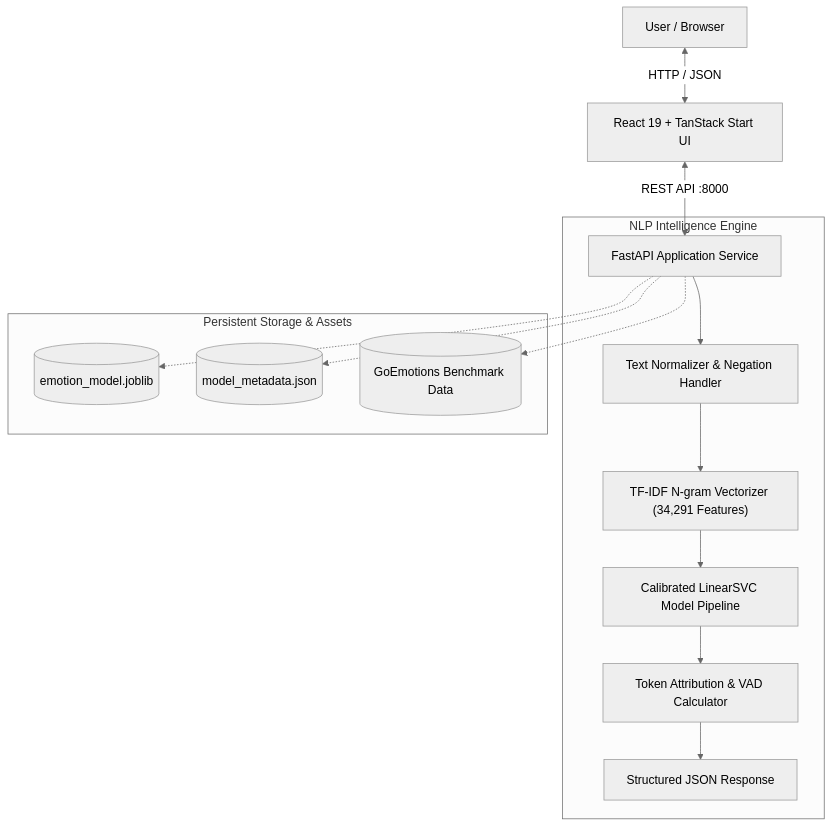
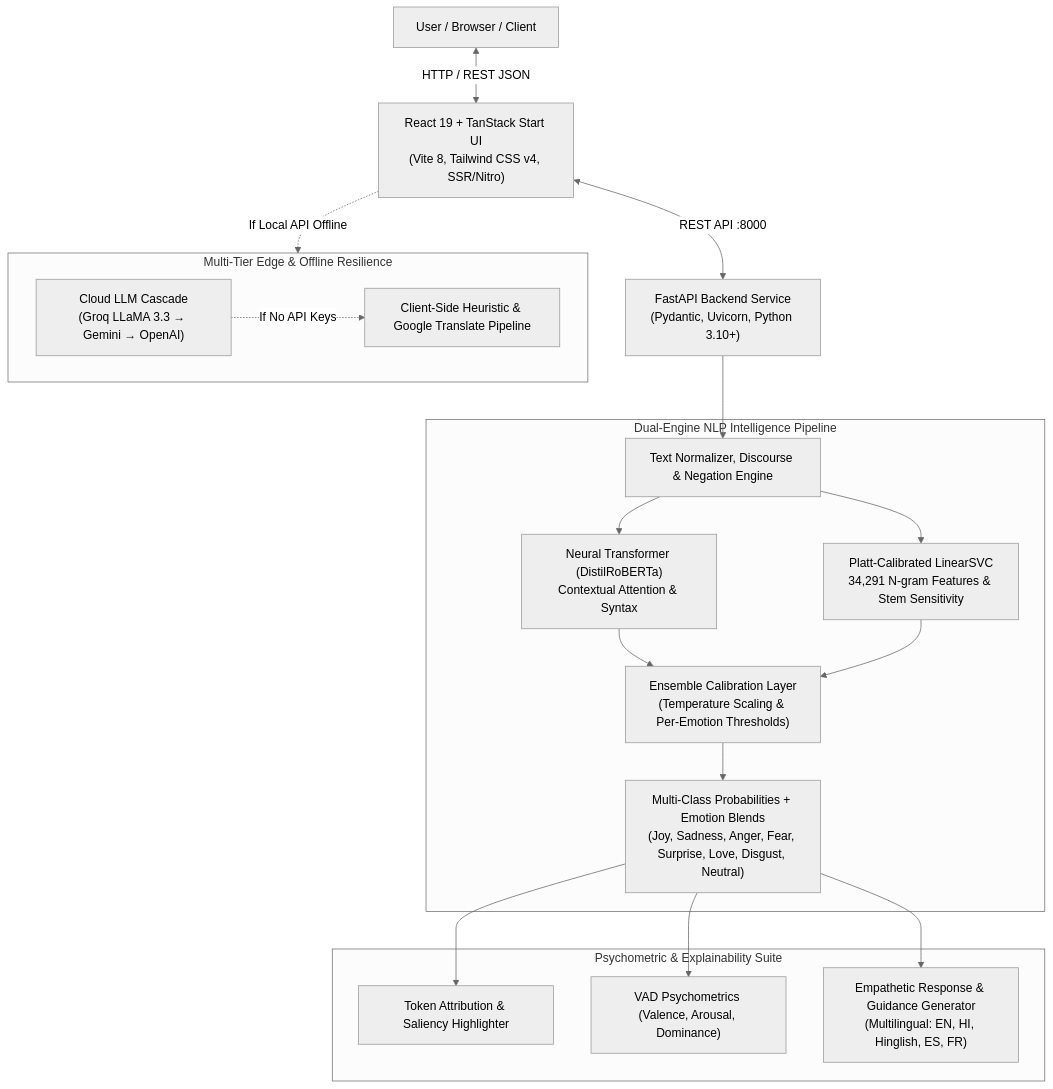
The diagram in README.md (Sumit2003-dev/AI-Based-Emotion-Recognition-from-Text), drawn with Mermaid (neutral theme) before and after one commit. The commit also changed other lines of this file and 1 other file, not shown here.

Commit message:
docs: add updated system architecture diagram and tier breakdown to README

````diff
--- a/README.md
+++ b/README.md
@@ -61,19 +63,28 @@
 ```mermaid
-graph TD
-    User["User / Browser"] <-->|"HTTP / JSON"| Frontend["React 19 + TanStack Start UI"]
-    Frontend <-->|"REST API :8000"| Backend["FastAPI Application Service"]
-    
-    subgraph Engine ["NLP Intelligence Engine"]
-        Backend --> Preprocessor["Text Normalizer & Negation Handler"]
-        Preprocessor --> Vectorizer["TF-IDF N-gram Vectorizer (34,291 Features)"]
-        Vectorizer --> Model["Calibrated LinearSVC Model Pipeline"]
-        Model --> Explainer["Token Attribution & VAD Calculator"]
-        Explainer --> Output["Structured JSON Response"]
+flowchart TD
+    User["User / Browser / Client"] <-->|"HTTP / REST JSON"| FE["React 19 + TanStack Start UI<br/>(Vite 8, Tailwind CSS v4, SSR/Nitro)"]
+    FE <-->|"REST API :8000"| BE["FastAPI Backend Service<br/>(Pydantic, Uvicorn, Python 3.10+)"]
+
+    FE -.->|"If Local API Offline"| Edge["Multi-Tier Edge & Offline Resilience"]
+    subgraph Edge ["Multi-Tier Edge & Offline Resilience"]
+        CloudLLM["Cloud LLM Cascade<br/>(Groq LLaMA 3.3 → Gemini → OpenAI)"]
+        ClientHeuristic["Client-Side Heuristic & Google Translate Pipeline"]
+        CloudLLM -.->|"If No API Keys"| ClientHeuristic
     end
-    
-    subgraph Storage ["Persistent Storage & Assets"]
-        Backend -.-> Joblib[("emotion_model.joblib")]
-        Backend -.-> Metadata[("model_metadata.json")]
-        Backend -.-> DataCSV[("GoEmotions Benchmark Data")]
+
+    BE --> Norm["Text Normalizer, Discourse & Negation Engine"]
+
+    subgraph HybridEngine ["Dual-Engine NLP Intelligence Pipeline"]
+        Norm --> Transformer["Neural Transformer (DistilRoBERTa)<br/>Contextual Attention & Syntax"]
+        Norm --> LinearSVC["Platt-Calibrated LinearSVC<br/>34,291 N-gram Features & Stem Sensitivity"]
+        Transformer --> Fusion["Ensemble Calibration Layer<br/>(Temperature Scaling & Per-Emotion Thresholds)"]
+        LinearSVC --> Fusion
+        Fusion --> Decision["Multi-Class Probabilities + Emotion Blends<br/>(Joy, Sadness, Anger, Fear, Surprise, Love, Disgust, Neutral)"]
+    end
+
+    subgraph Analytics ["Psychometric & Explainability Suite"]
+        Decision --> XAI["Token Attribution & Saliency Highlighter"]
+        Decision --> VAD["VAD Psychometrics (Valence, Arousal, Dominance)"]
+        Decision --> Guidance["Empathetic Response & Guidance Generator<br/>(Multilingual: EN, HI, Hinglish, ES, FR)"]
     end
 ```
````
